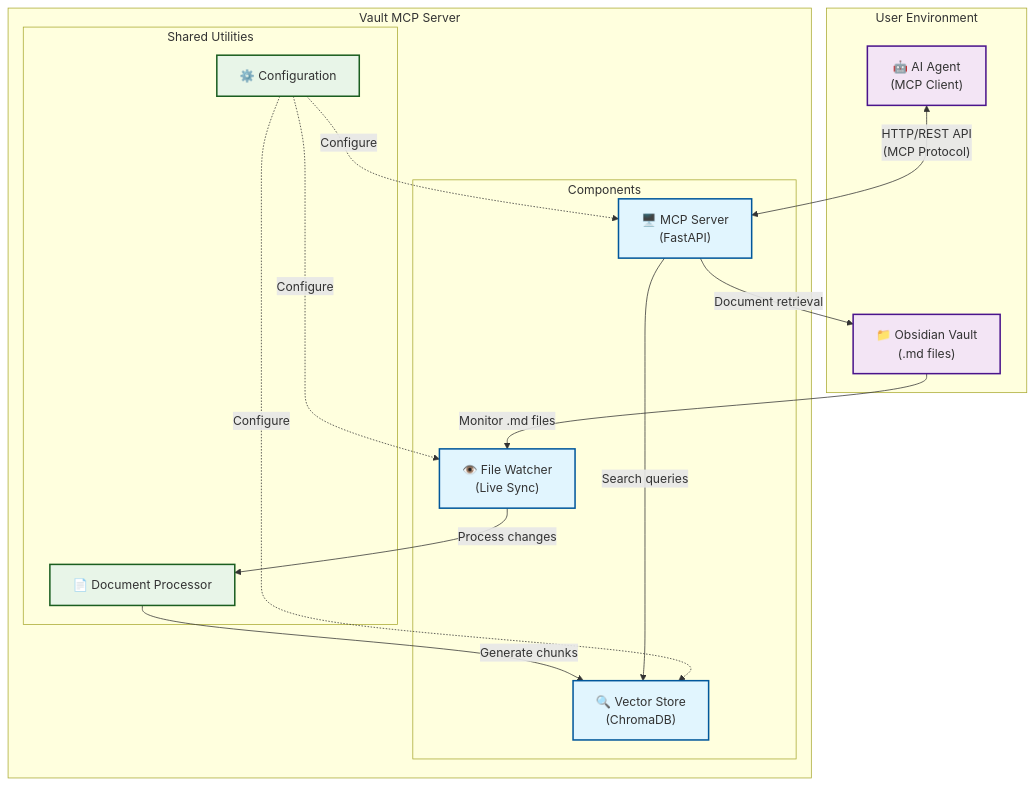
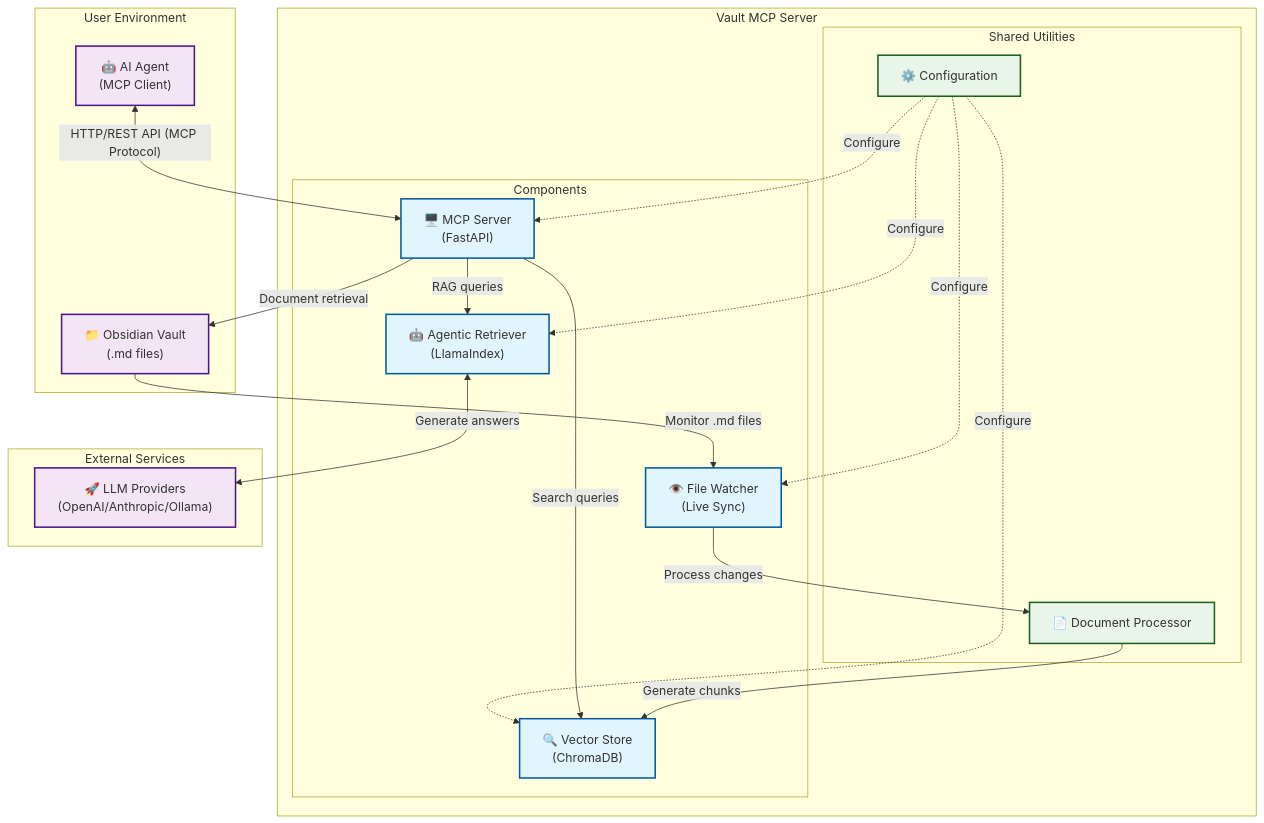
One commit to robbiemu/vault-mcp changed the diagram in README.md. Above: the diagram before and after it, drawn with Mermaid. The commit also changed other lines of this file and 20 other files, not shown here.

````diff
--- a/README.md
+++ b/README.md
@@ -17,43 +18,50 @@
 ```mermaid
 graph TB
     subgraph "User Environment"
         OV["📁 Obsidian Vault<br/>(.md files)"]
         AI["🤖 AI Agent<br/>(MCP Client)"]
     end
     
     subgraph "Vault MCP Server"
         subgraph "Components"
             MS["🖥️ MCP Server<br/>(FastAPI)"]
             VS["🔍 Vector Store<br/>(ChromaDB)"]
             FW["👁️ File Watcher<br/>(Live Sync)"]
+            AR["🤖 Agentic Retriever<br/>(LlamaIndex)"]
         end
         
         subgraph "Shared Utilities"
             DP["📄 Document Processor"]
             CF["⚙️ Configuration"]
         end
     end
     
+    subgraph "External Services"
+        LLM["🚀 LLM Providers<br/>(OpenAI/Anthropic/Ollama)"]
+    end
+    
     %% Data flow connections
     OV -->|"Monitor .md files"| FW
     FW -->|"Process changes"| DP
     DP -->|"Generate chunks"| VS
-    
-    AI <-->|"HTTP/REST API<br/>(MCP Protocol)"| MS
+    AI <-->|"HTTP/REST API (MCP Protocol)"| MS
     MS -->|"Search queries"| VS
+    MS -->|"RAG queries"| AR
     MS -->|"Document retrieval"| OV
+    AR <-->|"Generate answers"| LLM
     
     %% Configuration connections
     CF -.->|"Configure"| MS
     CF -.->|"Configure"| FW
     CF -.->|"Configure"| VS
+    CF -.->|"Configure"| AR
     
     %% Styling
     classDef component fill:#e1f5fe,stroke:#01579b,stroke-width:2px
     classDef external fill:#f3e5f5,stroke:#4a148c,stroke-width:2px
     classDef utility fill:#e8f5e8,stroke:#1b5e20,stroke-width:2px
     
-    class MS,VS,FW component
-    class OV,AI external
+    class MS,VS,FW,AR component
+    class OV,AI,LLM external
     class DP,CF utility
 ```
````
